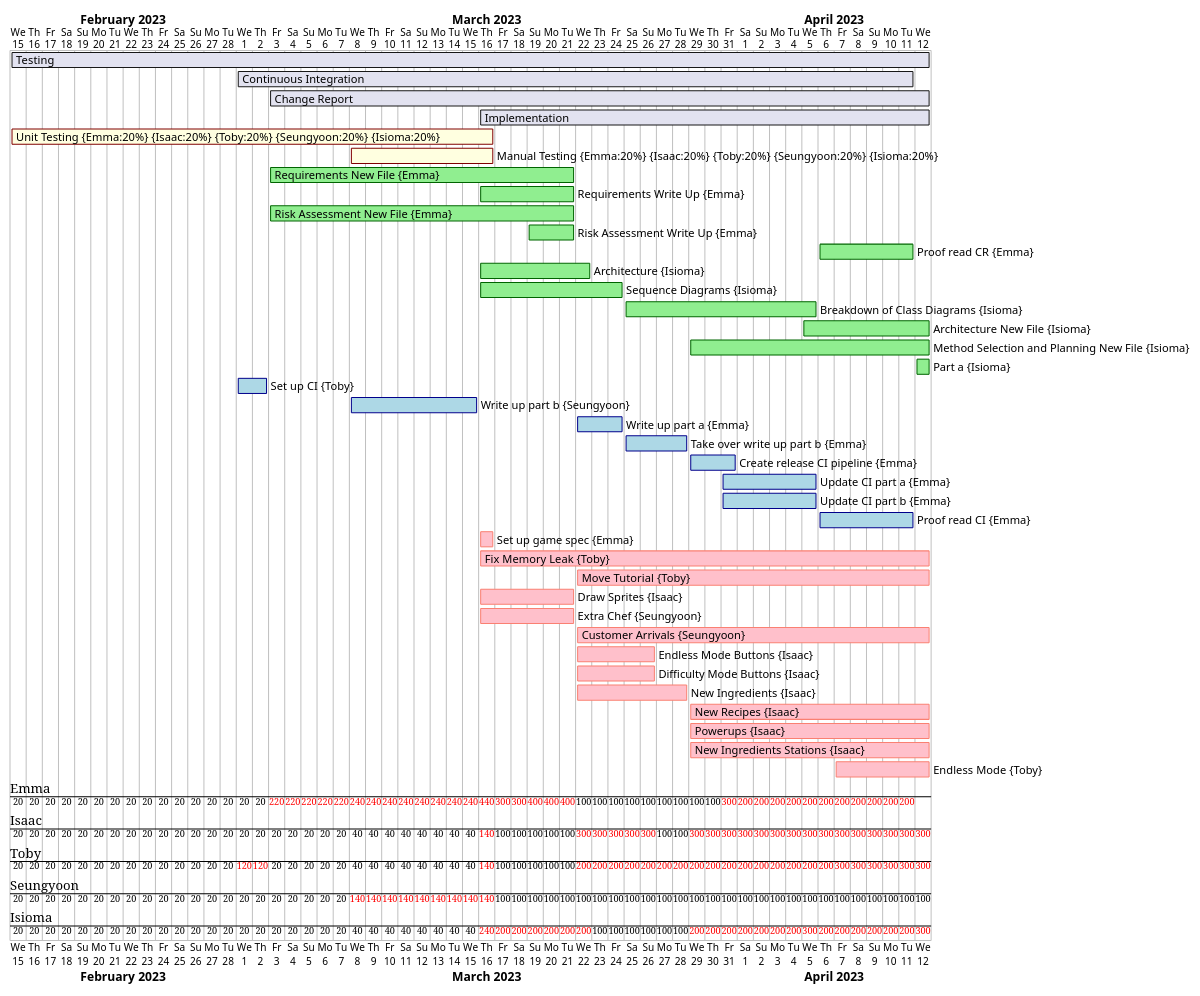
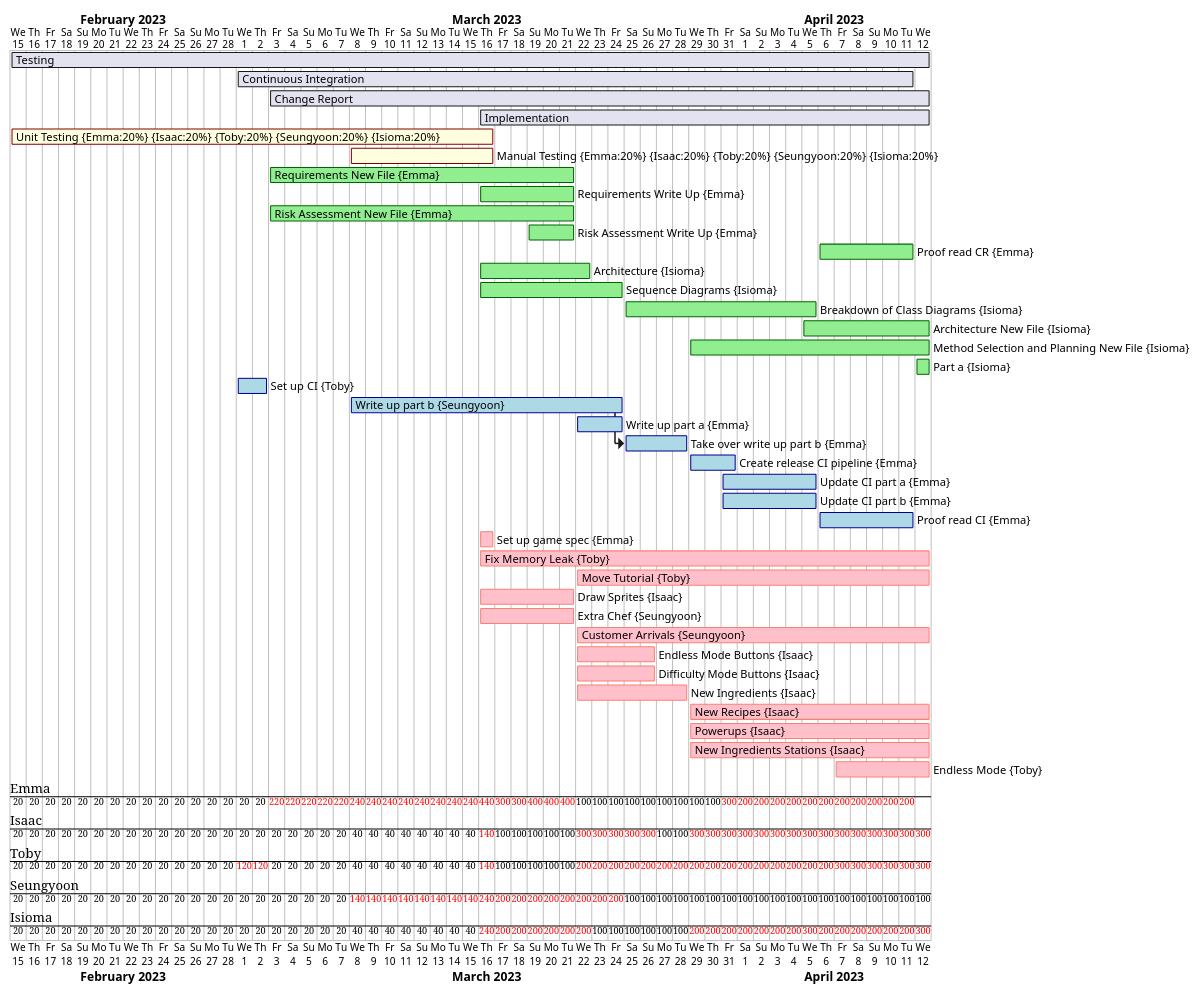
The diagram in gantts/Week8.puml (AsimovENG1/project_eng1_team3), drawn with PlantUML before and after one commit. The commit also changed 6 other files, not shown here.

```diff
--- a/gantts/Week8.puml
+++ b/gantts/Week8.puml
@@ -1,51 +1,51 @@
 @startgantt
 
 Project starts 2023-02-15
 
 [Testing] starts 2023-02-15
 [Testing] lasts 57 days
 [Continuous Integration] starts 2023-03-01
 [Continuous Integration] lasts 42 days
 [Change Report] starts 2023-03-03
 [Change Report] lasts 41 days
 [Implementation] starts 2023-03-16
 [Implementation] lasts 28 days
 
 [Unit Testing] on {Emma:20%} {Isaac:20%} {Toby:20%} {Seungyoon:20%} {Isioma:20%} starts 2023-02-15 and ends 2023-03-16 and is colored in LightYellow/Maroon
 [Manual Testing] on {Emma:20%} {Isaac:20%} {Toby:20%} {Seungyoon:20%} {Isioma:20%} starts 2023-03-08 and ends 2023-03-16 and is colored in LightYellow/Maroon
 
 [Requirements New File] on {Emma:100%} starts 2023-03-03 and ends 2023-03-21 and is colored in LightGreen/DarkGreen
 [Requirements Write Up] on {Emma:100%} starts 2023-03-16 and ends 2023-03-21 and is colored in LightGreen/DarkGreen
 [Risk Assessment New File] on {Emma:100%} starts 2023-03-03 and ends 2023-03-21 and is colored in LightGreen/DarkGreen
 [Risk Assessment Write Up] on {Emma:100%} starts 2023-03-19 and ends 2023-03-21 and is colored in LightGreen/DarkGreen
 [Proof read CR] on {Emma:100%} starts 2023-04-06 and ends 2023-04-11 and is colored in LightGreen/DarkGreen
 [Architecture] on {Isioma:100%} starts 2023-03-16 and ends 2023-03-22 and is colored in LightGreen/DarkGreen
 [Sequence Diagrams] on {Isioma:100%} starts 2023-03-16 and ends 2023-03-24 and is colored in LightGreen/DarkGreen
 [Breakdown of Class Diagrams] on {Isioma:100%} starts 2023-03-25 and ends 2023-04-05 and is colored in LightGreen/DarkGreen
 [Architecture New File] on {Isioma:100%} starts 2023-04-05 and ends 2023-04-12 and is colored in LightGreen/DarkGreen
 [Method Selection and Planning New File] on {Isioma:100%} starts 2023-03-29 and ends 2023-04-12 and is colored in LightGreen/DarkGreen
 [Part a] on {Isioma:100%} starts 2023-04-12 and ends 2023-04-12 and is colored in LightGreen/DarkGreen
 
 [Set up CI] on {Toby:100%} starts 2023-03-01 and ends 2023-03-02 and is colored in LightBlue/DarkBlue
-[Write up part b] on {Seungyoon:100%} starts 2023-03-08 and ends 2023-03-15 and is colored in LightBlue/DarkBlue
+[Write up part b] on {Seungyoon:100%} starts 2023-03-08 and ends 2023-03-24 and is colored in LightBlue/DarkBlue
 [Write up part a] on {Emma:100%} starts 2023-03-22 and ends 2023-03-24 and is colored in LightBlue/DarkBlue
-[Take over write up part b] on {Emma:100%} starts 2023-03-25 and ends 2023-03-28 and is colored in LightBlue/DarkBlue
+[Take over write up part b] on {Emma:100%} starts at [Write up part b]'s end and ends 2023-03-28 and is colored in LightBlue/DarkBlue
 [Create release CI pipeline] on {Emma:100%} starts 2023-03-29 and ends 2023-03-31 and is colored in LightBlue/DarkBlue
 [Update CI part a] on {Emma:100%} starts 2023-03-31 and ends 2023-04-05 and is colored in LightBlue/DarkBlue
 [Update CI part b] on {Emma:100%} starts 2023-03-31 and ends 2023-04-05 and is colored in LightBlue/DarkBlue
 [Proof read CI] on {Emma:100%} starts 2023-04-06 and ends 2023-04-11 and is colored in LightBlue/DarkBlue
 
 [Set up game spec] on {Emma:100%} starts 2023-03-16 and ends 2023-03-16 and is colored in Pink/Salmon
 [Fix Memory Leak] on {Toby:100%} starts 2023-03-16 and ends 2023-04-12 and is colored in Pink/Salmon
 [Move Tutorial] on {Toby:100%} starts 2023-03-22 and ends 2023-04-12 and is colored in Pink/Salmon
 [Draw Sprites] on {Isaac:100%} starts 2023-03-16 and ends 2023-03-21 and is colored in Pink/Salmon
 [Extra Chef] on {Seungyoon:100%} starts 2023-03-16 and ends 2023-03-21 and is colored in Pink/Salmon
 [Customer Arrivals] on {Seungyoon:100%} starts 2023-03-22 and ends 2023-04-12 and is colored in Pink/Salmon
 [Endless Mode Buttons] on {Isaac:100%} starts 2023-03-22 and ends 2023-03-26 and is colored in Pink/Salmon
 [Difficulty Mode Buttons] on {Isaac:100%} starts 2023-03-22 and ends 2023-03-26 and is colored in Pink/Salmon
 [New Ingredients] on {Isaac:100%} starts 2023-03-22 and ends 2023-03-28 and is colored in Pink/Salmon
 [New Recipes] on {Isaac:100%} starts 2023-03-29 and ends 2023-04-12 and is colored in Pink/Salmon
 [Powerups] on {Isaac:100%} starts 2023-03-29 and ends 2023-04-12 and is colored in Pink/Salmon
 [New Ingredients Stations] on {Isaac:100%} starts 2023-03-29 and ends 2023-04-12 and is colored in Pink/Salmon
 [Endless Mode] on {Toby:100%} starts 2023-04-07 and ends 2023-04-12 and is colored in Pink/Salmon
 @endgantt
```
